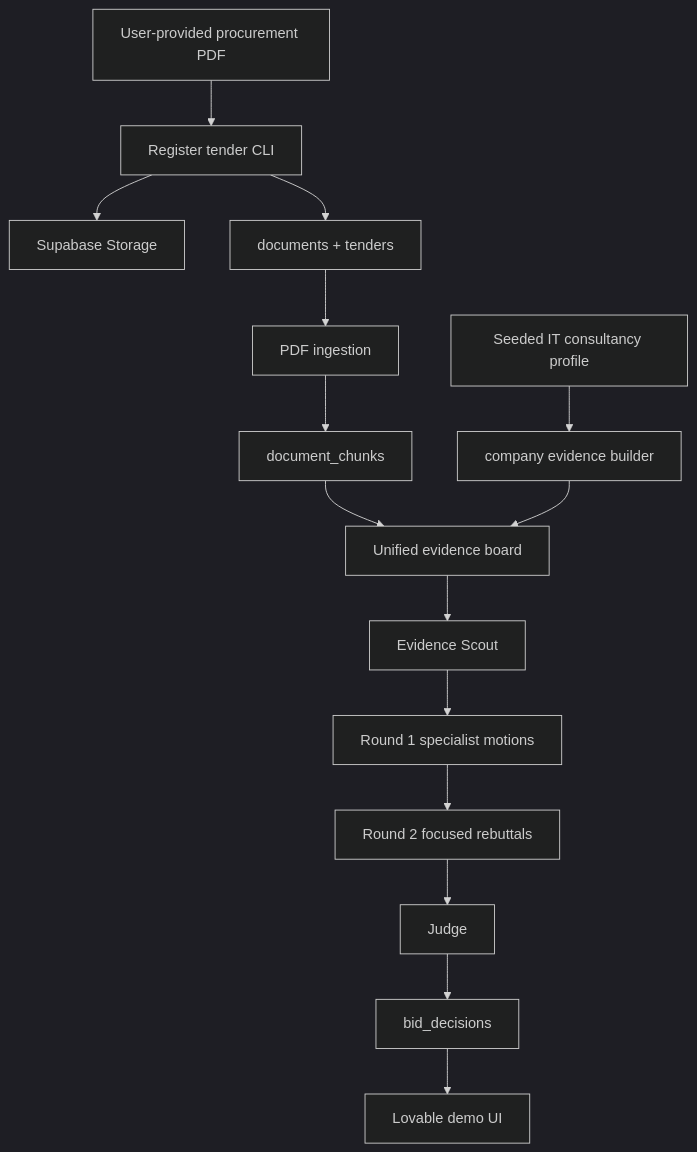
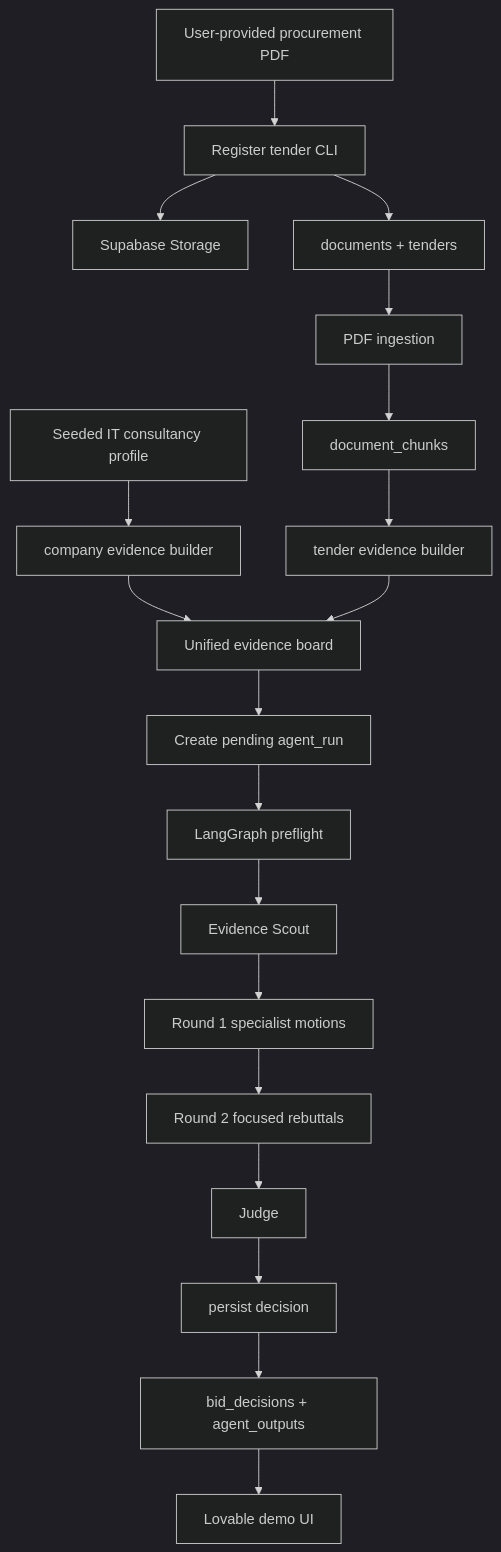
One commit to fritte115/bidded-mvp changed the diagram in README.md. Above: the diagram before and after it, drawn with Mermaid (dark theme). The commit also changed other lines of this file, not shown here.

````diff
--- a/README.md
+++ b/README.md
@@ -72,17 +74,21 @@
 ```mermaid
 flowchart TD
     A["User-provided procurement PDF"] --> B["Register tender CLI"]
     B --> C["Supabase Storage"]
     B --> D["documents + tenders"]
     D --> E["PDF ingestion"]
     E --> F["document_chunks"]
     G["Seeded IT consultancy profile"] --> H["company evidence builder"]
-    F --> I["Unified evidence board"]
-    H --> I
-    I --> J["Evidence Scout"]
-    J --> K["Round 1 specialist motions"]
-    K --> L["Round 2 focused rebuttals"]
-    L --> M["Judge"]
-    M --> N["bid_decisions"]
-    N --> O["Lovable demo UI"]
+    F --> I["tender evidence builder"]
+    H --> J["Unified evidence board"]
+    I --> J
+    J --> K["Create pending agent_run"]
+    K --> L["LangGraph preflight"]
+    L --> M["Evidence Scout"]
+    M --> N["Round 1 specialist motions"]
+    N --> O["Round 2 focused rebuttals"]
+    O --> P["Judge"]
+    P --> Q["persist decision"]
+    Q --> R["bid_decisions + agent_outputs"]
+    R --> S["Lovable demo UI"]
 ```
````
